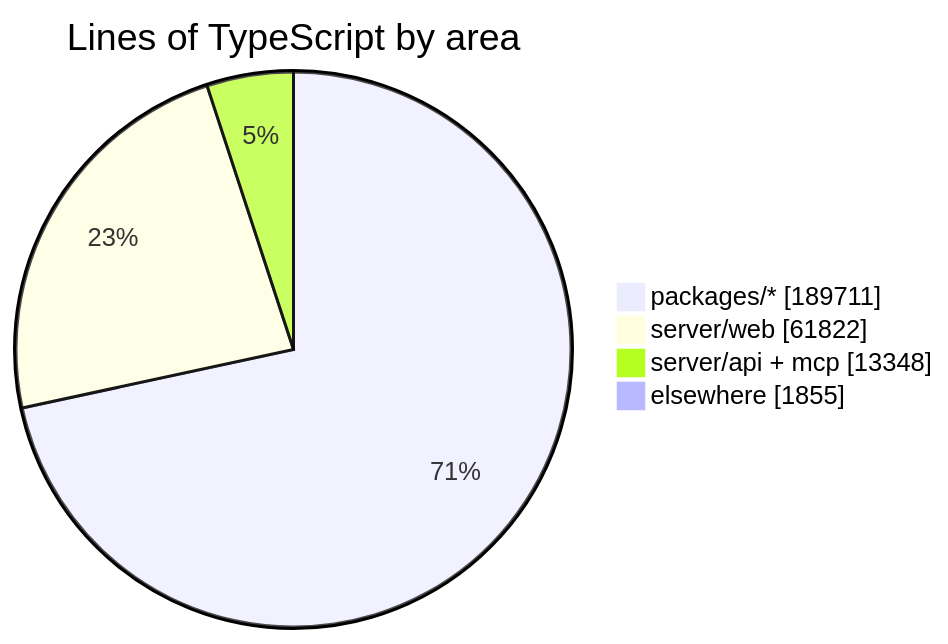
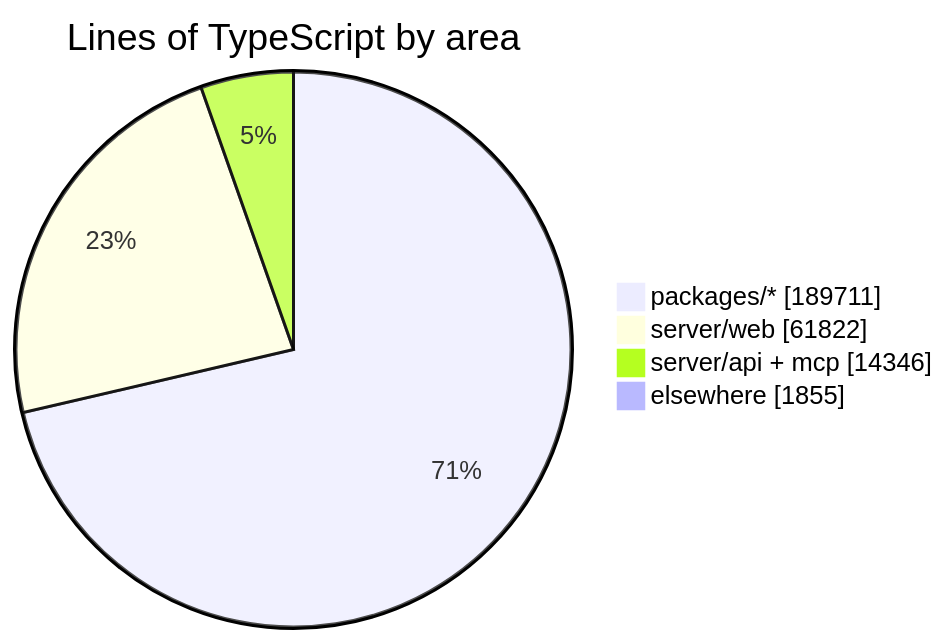
Before and after one commit to crossworks-engineering/mantle: the diagram in README.md, drawn with Mermaid. The commit also changed other lines of this file and 2 other files, not shown here.

````diff
--- a/README.md
+++ b/README.md
@@ -279,7 +279,7 @@
 ```mermaid
 pie showData title Lines of TypeScript by area
     "packages/*" : 189711
     "server/web" : 61822
-    "server/api + mcp" : 13348
+    "server/api + mcp" : 14346
     "elsewhere" : 1855
 ```
````
